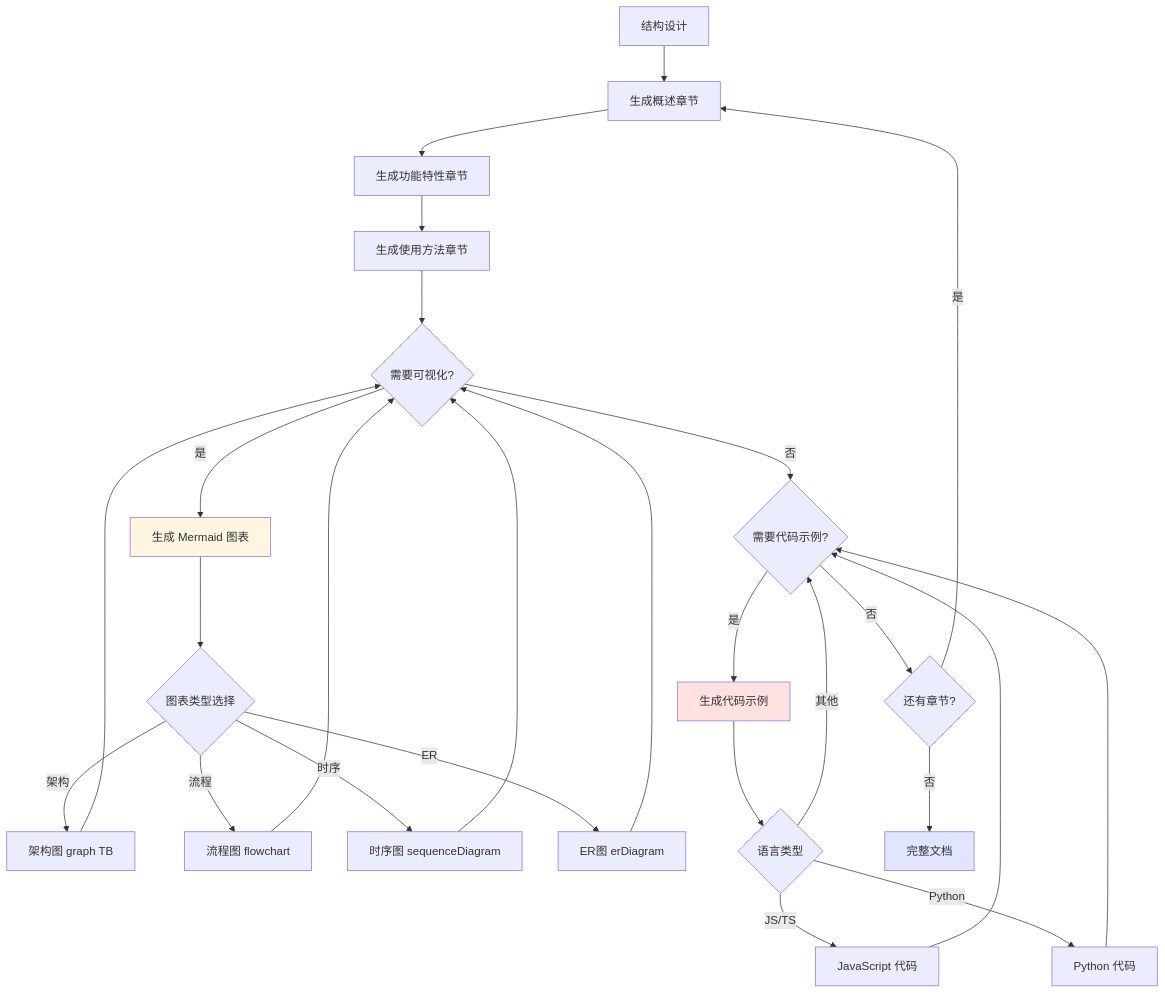
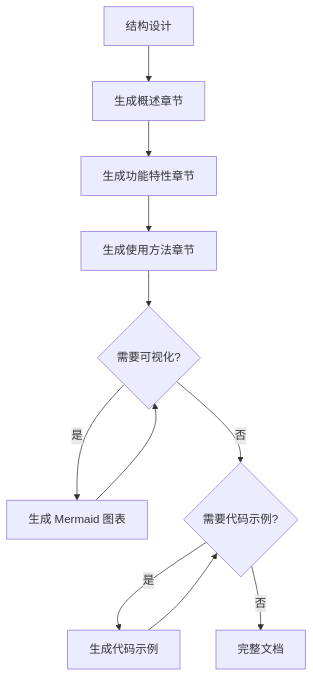
Before and after one commit to JIA-ss/agents: the sixth of 7 diagrams in agents/doc-writer.md, drawn with Mermaid. The commit also changed other lines of this file and 4 other files, not shown here.

````diff
--- a/agents/doc-writer.md
+++ b/agents/doc-writer.md
@@ -370,28 +167,13 @@
 ```mermaid
 flowchart TD
     Input[结构设计] --> Gen1[生成概述章节]
     Gen1 --> Gen2[生成功能特性章节]
     Gen2 --> Gen3[生成使用方法章节]
     Gen3 --> GenViz{需要可视化?}
     GenViz -->|是| CreateChart[生成 Mermaid 图表]
-    CreateChart --> ChartType{图表类型选择}
-    ChartType -->|架构| Arch[架构图 graph TB]
-    ChartType -->|流程| Flow[流程图 flowchart]
-    ChartType -->|时序| Seq[时序图 sequenceDiagram]
-    ChartType -->|ER| ER[ER图 erDiagram]
-    Arch & Flow & Seq & ER --> GenViz
+    CreateChart --> GenViz
     GenViz -->|否| GenCode{需要代码示例?}
     GenCode -->|是| CreateExample[生成代码示例]
-    CreateExample --> ExampleLang{语言类型}
-    ExampleLang -->|JS/TS| JSCode[JavaScript 代码]
-    ExampleLang -->|Python| PyCode[Python 代码]
-    ExampleLang -->|其他| GenCode
-    JSCode & PyCode --> GenCode
-    GenCode -->|否| GenNext{还有章节?}
-    GenNext -->|是| Gen1
-    GenNext -->|否| Output[完整文档]
-
-    style CreateChart fill:#fff5e1
-    style CreateExample fill:#ffe1e1
-    style Output fill:#e1e5ff
+    CreateExample --> GenCode
+    GenCode -->|否| Output[完整文档]
 ```
````
